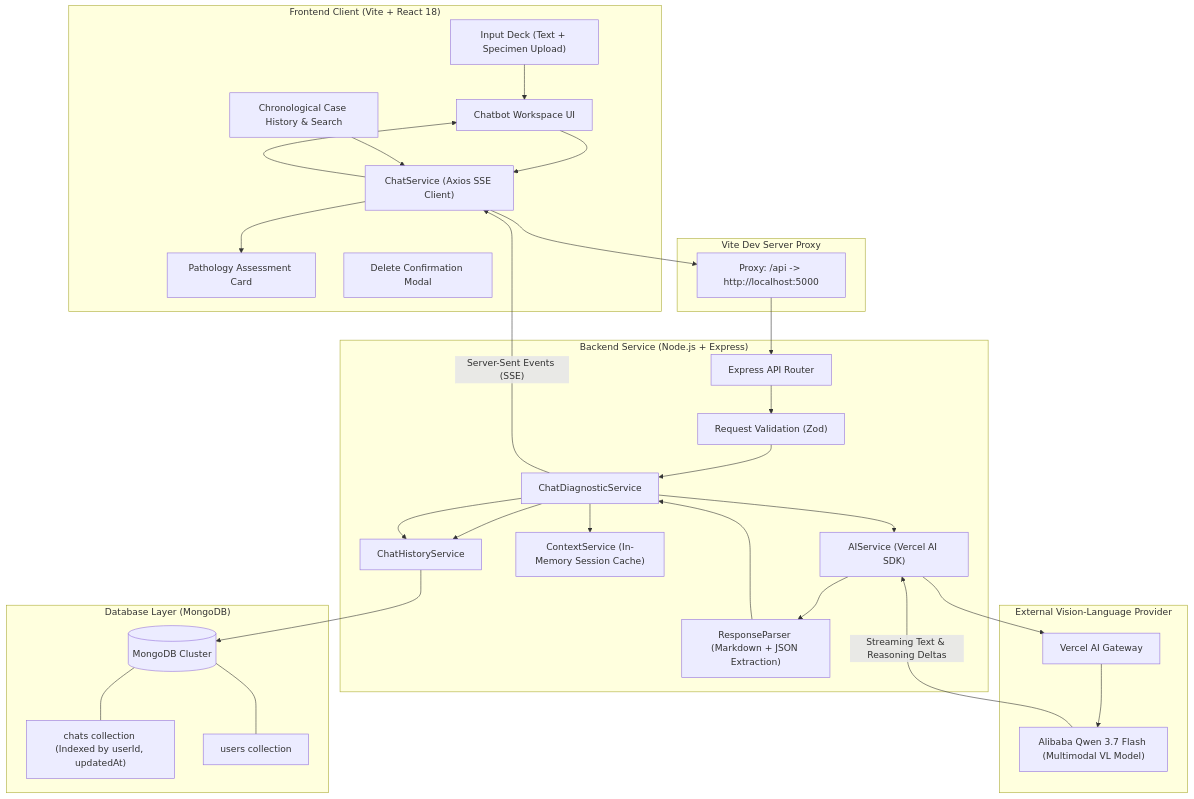
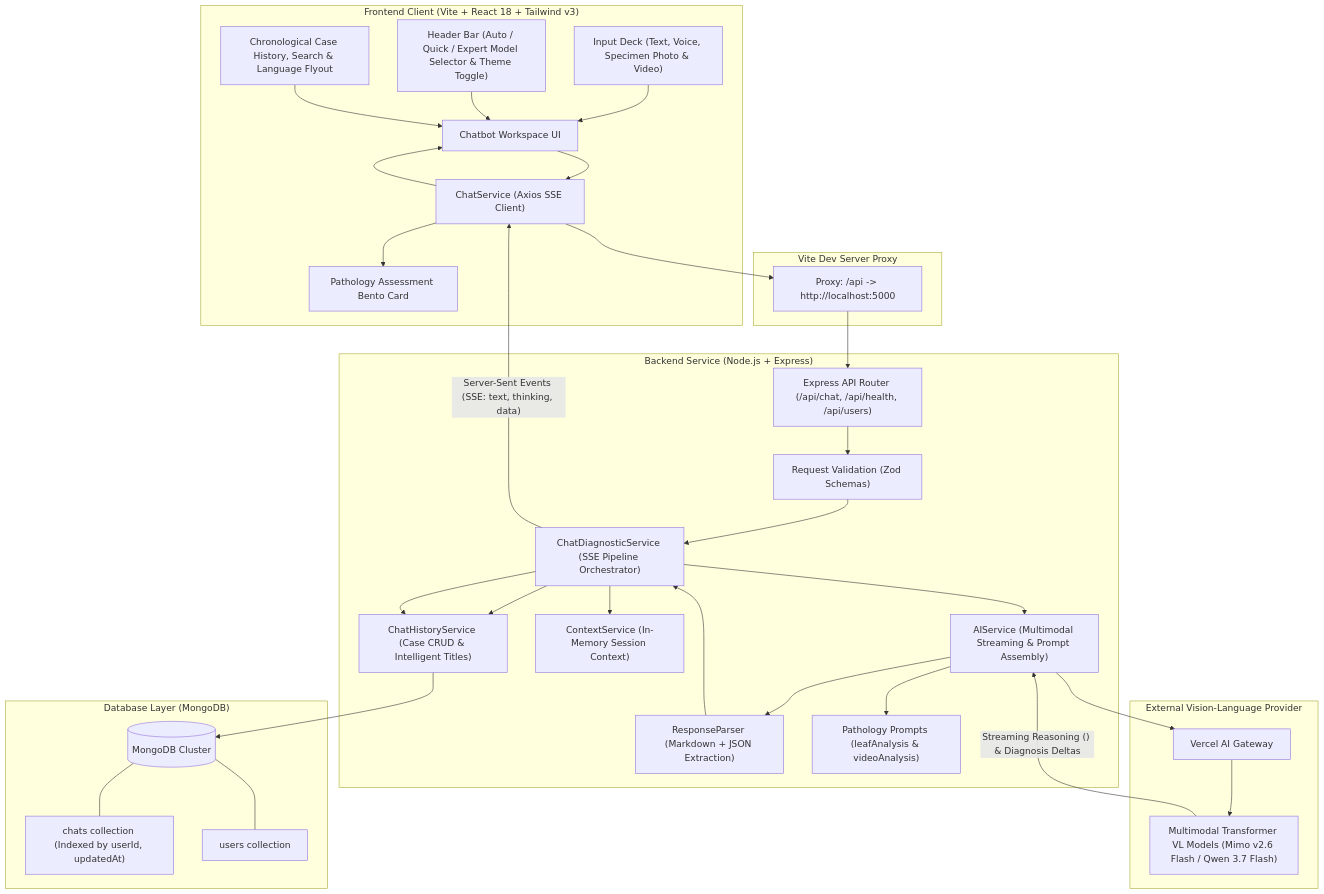
Before and after one commit to Yash-Prajapati7/Vistara: the diagram in README.md, drawn with Mermaid. The commit also changed other lines of this file, not shown here.

````diff
--- a/README.md
+++ b/README.md
@@ -48,65 +53,68 @@
 ```mermaid
 flowchart TD
-    subgraph Frontend["Frontend Client (Vite + React 18)"]
+    subgraph Frontend["Frontend Client (Vite + React 18 + Tailwind v3)"]
         UI["Chatbot Workspace UI"]
-        InputDeck["Input Deck (Text + Specimen Upload)"]
-        Sidebar["Chronological Case History & Search"]
-        ReportCard["Pathology Assessment Card"]
-        Modal["Delete Confirmation Modal"]
+        InputDeck["Input Deck (Text, Voice, Specimen Photo & Video)"]
+        Sidebar["Chronological Case History, Search & Language Flyout"]
+        Header["Header Bar (Auto / Quick / Expert Model Selector & Theme Toggle)"]
+        ReportCard["Pathology Assessment Bento Card"]
         ChatService["ChatService (Axios SSE Client)"]
     end
 
     subgraph ReverseProxy["Vite Dev Server Proxy"]
         Proxy["Proxy: /api -> http://localhost:5000"]
     end
 
     subgraph Backend["Backend Service (Node.js + Express)"]
-        Router["Express API Router"]
-        Validator["Request Validation (Zod)"]
-        DiagService["ChatDiagnosticService"]
-        AIService["AIService (Vercel AI SDK)"]
-        ContextService["ContextService (In-Memory Session Cache)"]
+        Router["Express API Router (/api/chat, /api/health, /api/users)"]
+        Validator["Request Validation (Zod Schemas)"]
+        DiagService["ChatDiagnosticService (SSE Pipeline Orchestrator)"]
+        AIService["AIService (Multimodal Streaming & Prompt Assembly)"]
+        ContextService["ContextService (In-Memory Session Context)"]
         Parser["ResponseParser (Markdown + JSON Extraction)"]
-        HistoryService["ChatHistoryService"]
+        HistoryService["ChatHistoryService (Case CRUD & Intelligent Titles)"]
+        Prompts["Pathology Prompts (leafAnalysis & videoAnalysis)"]
     end
 
     subgraph ExternalAI["External Vision-Language Provider"]
         Gateway["Vercel AI Gateway"]
-        QwenVL["Alibaba Qwen 3.7 Flash (Multimodal VL Model)"]
+        VLModel["Multimodal Transformer VL Models (Mimo v2.6 Flash / Qwen 3.7 Flash)"]
     end
 
     subgraph Database["Database Layer (MongoDB)"]
         MongoDB[(MongoDB Cluster)]
         ChatCollection["chats collection (Indexed by userId, updatedAt)"]
         UserCollection["users collection"]
     end
 
     InputDeck --> UI
+    Header --> UI
+    Sidebar --> UI
     UI --> ChatService
-    Sidebar --> ChatService
     ChatService --> Proxy
     Proxy --> Router
 
     Router --> Validator
     Validator --> DiagService
 
     DiagService --> ContextService
     DiagService --> HistoryService
     DiagService --> AIService
 
+    AIService --> Prompts
     AIService --> Gateway
-    Gateway --> QwenVL
-    QwenVL -- "Streaming Text & Reasoning Deltas" --> AIService
+    Gateway --> VLModel
+    VLModel -- "Streaming Reasoning (<think>) & Diagnosis Deltas" --> AIService
 
     AIService --> Parser
     Parser --> DiagService
 
     DiagService --> HistoryService
     HistoryService --> MongoDB
     MongoDB --- ChatCollection
     MongoDB --- UserCollection
 
-    DiagService -- "Server-Sent Events (SSE)" --> ChatService
+    DiagService -- "Server-Sent Events (SSE: text, thinking, data)" --> ChatService
     ChatService --> ReportCard
     ChatService --> UI
 ```
````
